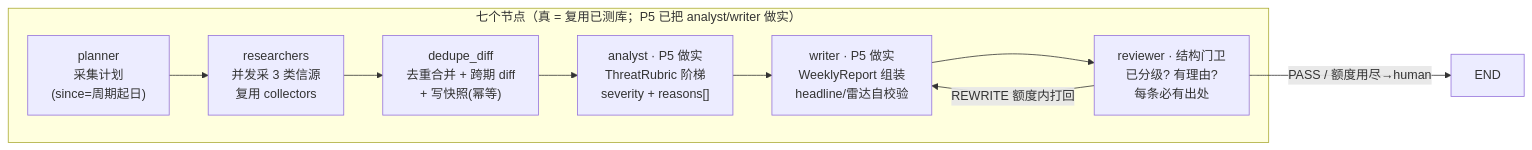
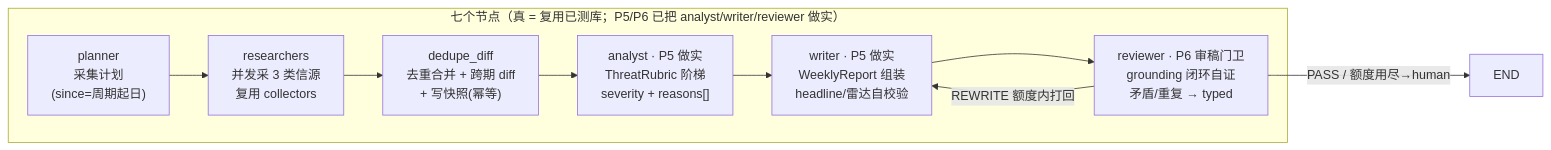
Before and after one commit to Aeloris/competition-watch-engine: the diagram in docs/orchestrator.md, drawn with Mermaid. The commit also changed other lines of this file and 14 other files, not shown here.

First line of the commit message:
Phase 6: Reviewer 审稿门卫（grounding + 矛盾 + 合规 + 人工收件箱）

````diff
--- a/docs/orchestrator.md
+++ b/docs/orchestrator.md
@@ -14,14 +17,14 @@
 ```mermaid
 flowchart LR
-  subgraph NODES["七个节点（真 = 复用已测库；P5 已把 analyst/writer 做实）"]
+  subgraph NODES["七个节点（真 = 复用已测库；P5/P6 已把 analyst/writer/reviewer 做实）"]
     PL["planner<br/>采集计划<br/>(since=周期起日)"]
     RS["researchers<br/>并发采 3 类信源<br/>复用 collectors"]
     DD["dedupe_diff<br/>去重合并 + 跨期 diff<br/>+ 写快照(幂等)"]
     AN["analyst · P5 做实<br/>ThreatRubric 阶梯<br/>severity + reasons[]"]
     WR["writer · P5 做实<br/>WeeklyReport 组装<br/>headline/雷达自校验"]
-    RV["reviewer · 结构门卫<br/>已分级? 有理由?<br/>每条必有出处"]
+    RV["reviewer · P6 审稿门卫<br/>grounding 闭环自证<br/>矛盾/重复 → typed"]
   end
   PL --> RS --> DD --> AN --> WR --> RV
   RV -->|"REWRITE 额度内打回"| WR
   RV -->|"PASS / 额度用尽→human"| END["END"]
 ```
````
